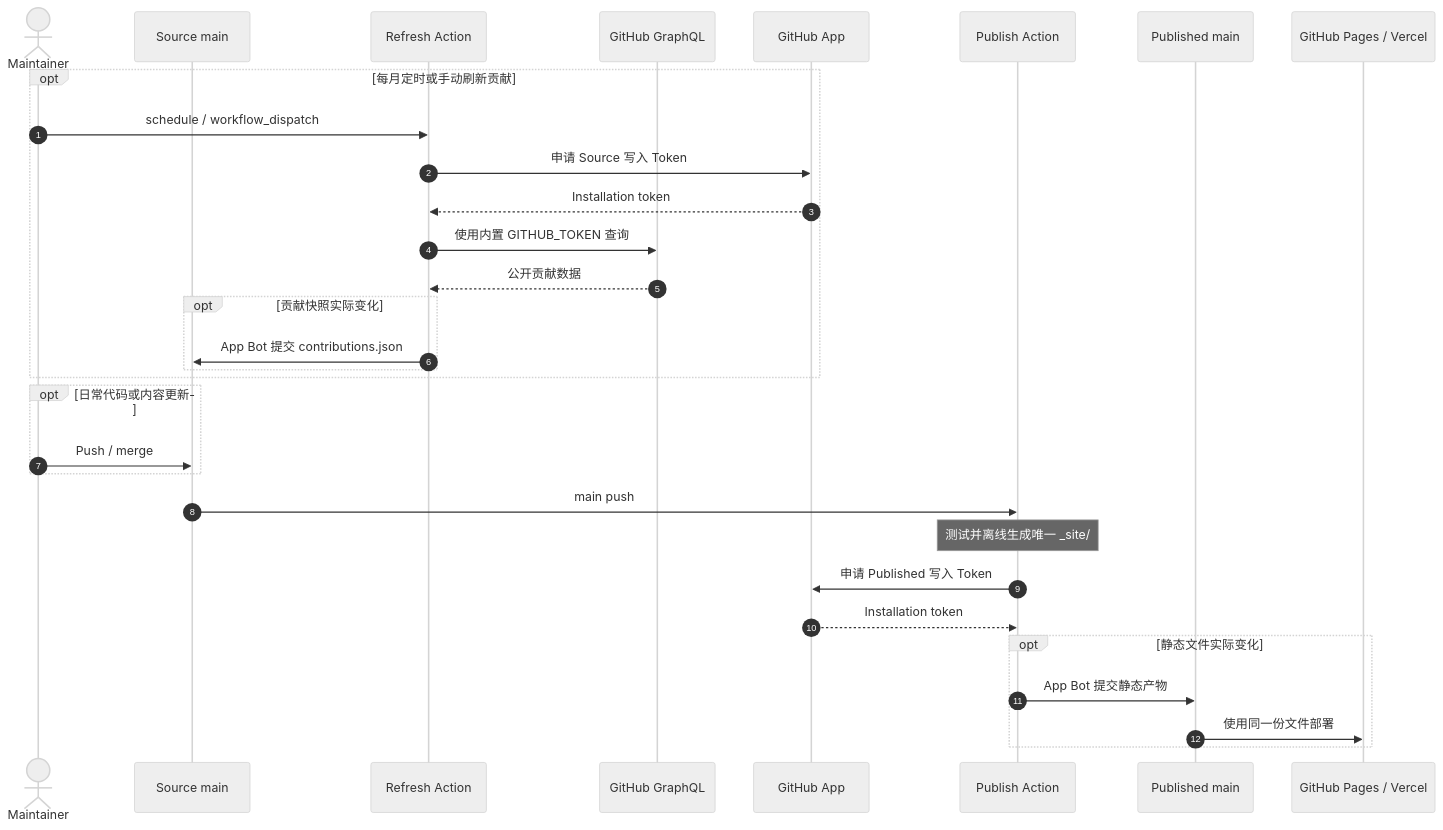
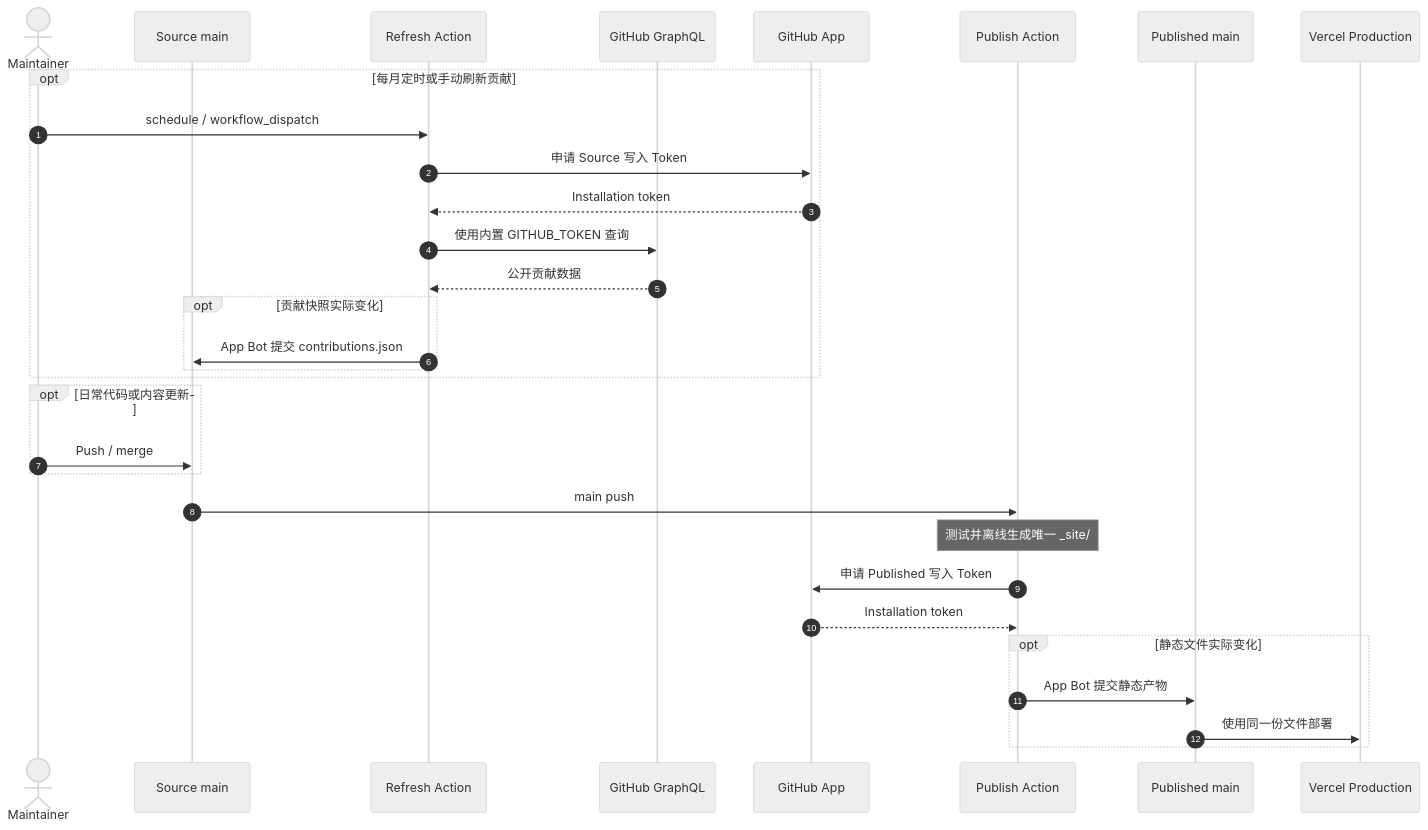
One commit to FuTseYi/FuTseYi changed the diagram in README.md. Above: the diagram before and after it, drawn with Mermaid (neutral theme). The commit also changed other lines of this file and 13 other files, not shown here.

````diff
--- a/README.md
+++ b/README.md
@@ -44,34 +45,34 @@
 ```mermaid
 sequenceDiagram
     autonumber
     actor Maintainer as Maintainer
     participant Source as Source main
     participant Refresh as Refresh Action
     participant API as GitHub GraphQL
     participant App as GitHub App
     participant Deploy as Publish Action
     participant Published as Published main
-    participant Hosts as GitHub Pages / Vercel
+    participant Hosts as Vercel Production
 
     opt 每月定时或手动刷新贡献
         Maintainer->>Refresh: schedule / workflow_dispatch
         Refresh->>App: 申请 Source 写入 Token
         App-->>Refresh: Installation token
         Refresh->>API: 使用内置 GITHUB_TOKEN 查询
         API-->>Refresh: 公开贡献数据
         opt 贡献快照实际变化
             Refresh->>Source: App Bot 提交 contributions.json
         end
     end
     opt 日常代码或内容更新
         Maintainer->>Source: Push / merge
     end
     Source->>Deploy: main push
     Note over Deploy: 测试并离线生成唯一 _site/
     Deploy->>App: 申请 Published 写入 Token
     App-->>Deploy: Installation token
     opt 静态文件实际变化
         Deploy->>Published: App Bot 提交静态产物
         Published->>Hosts: 使用同一份文件部署
     end
 ```
````
